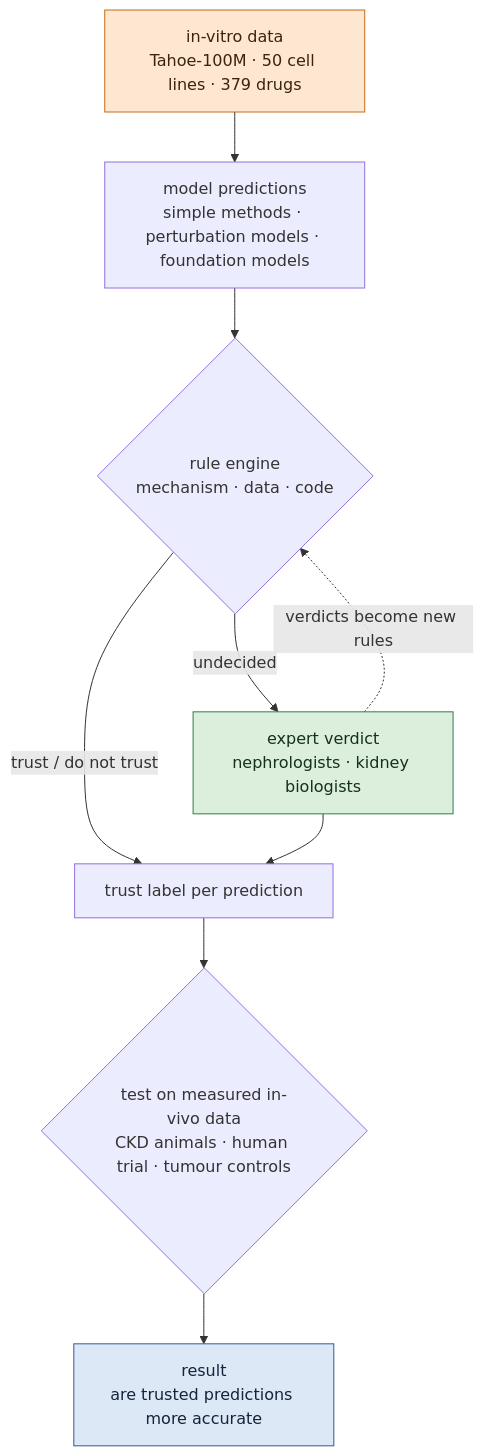
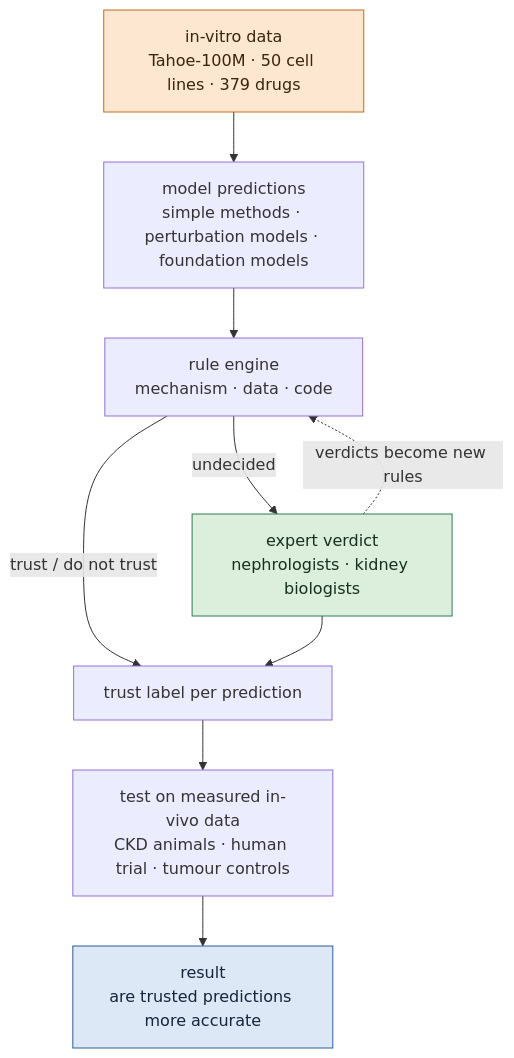
One commit to jasonjin34/Medical_reading_material changed the diagram in docs/research/perturbation-benchmark.md. Above: the diagram before and after it, drawn with Mermaid. The commit also changed 2 other files, not shown here.

Commit message:
perturbation topic: draw the flow diagram with boxes instead of diamonds
Claude-Session: https://claude.ai/code/session_01C3gqZx4KC98jK9KQ6UskbC

````diff
--- a/docs/research/perturbation-benchmark.md
+++ b/docs/research/perturbation-benchmark.md
@@ -93,17 +93,17 @@
 ```mermaid
 flowchart TB
   V["in-vitro data<br/>Tahoe-100M · 50 cell lines · 379 drugs"] --> M["model predictions<br/>simple methods · perturbation models · foundation models"]
-  M --> R{"rule engine<br/>mechanism · data · code"}
+  M --> R["rule engine<br/>mechanism · data · code"]
   R -->|"trust / do not trust"| L["trust label per prediction"]
   R -->|"undecided"| X["expert verdict<br/>nephrologists · kidney biologists"]
   X --> L
   X -.->|"verdicts become new rules"| R
-  L --> T{"test on measured in-vivo data<br/>CKD animals · human trial · tumour controls"}
+  L --> T["test on measured in-vivo data<br/>CKD animals · human trial · tumour controls"]
   T --> O["result<br/>are trusted predictions more accurate"]
   classDef data fill:#fde7d0,stroke:#c46a1a,color:#3a2410
   classDef human fill:#dcefdc,stroke:#2f7d4f,color:#16301f
   classDef out fill:#dde8f6,stroke:#2f5d9a,color:#14243a
   class V data
   class X human
   class O out
 ```
````
